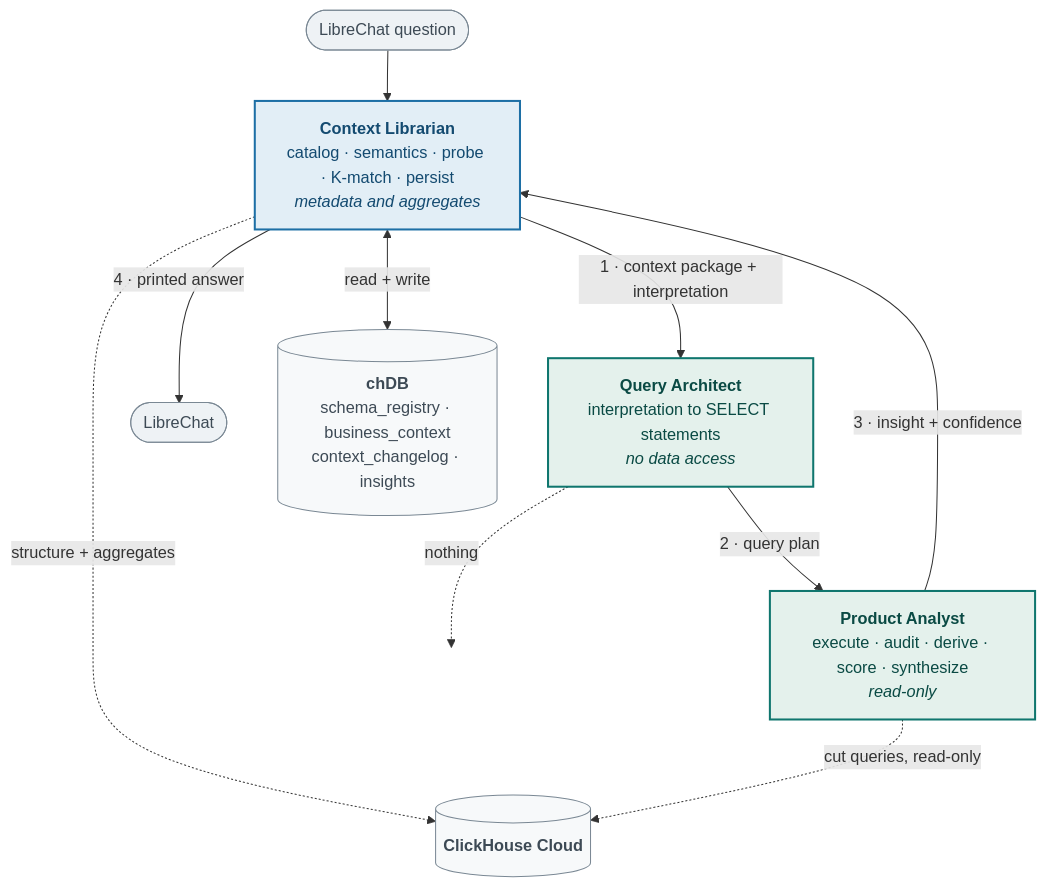
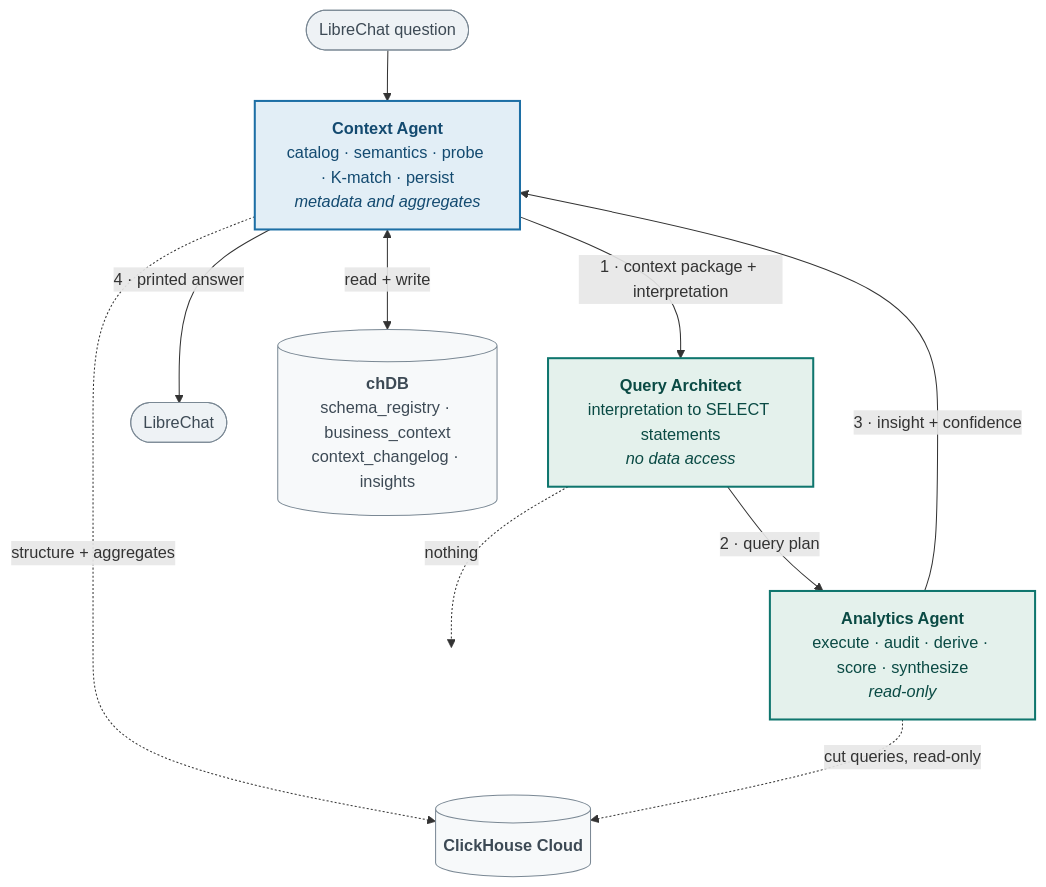
One commit to deepesh17feb/InsightMesh changed the second of 5 diagrams in docs/CUJ2.md. Above: the diagram before and after it, drawn with Mermaid. The commit also changed other lines of this file and 1 other file, not shown here.

````diff
--- a/docs/CUJ2.md
+++ b/docs/CUJ2.md
@@ -252,35 +315,35 @@
 ```mermaid
 flowchart TD
     Q(["LibreChat question"]) --> CL
 
-    CL["<b>Context Librarian</b><br/>catalog · semantics · probe · K-match · persist<br/><i>metadata and aggregates</i>"]
+    CL["<b>Context Agent</b><br/>catalog · semantics · probe · K-match · persist<br/><i>metadata and aggregates</i>"]
     QA["<b>Query Architect</b><br/>interpretation to SELECT statements<br/><i>no data access</i>"]
-    PA["<b>Product Analyst</b><br/>execute · audit · derive · score · synthesize<br/><i>read-only</i>"]
+    PA["<b>Analytics Agent</b><br/>execute · audit · derive · score · synthesize<br/><i>read-only</i>"]
 
     CL -->|"1 · context package + interpretation"| QA
     QA -->|"2 · query plan"| PA
     PA -->|"3 · insight + confidence"| CL
     CL -->|"4 · printed answer"| OUT(["LibreChat"])
 
     CHDB[("<b>chDB</b><br/>schema_registry · business_context<br/>context_changelog · insights")]
     LIVE[("<b>ClickHouse Cloud</b>")]
 
     CL <-->|"read + write"| CHDB
     CL -.->|"structure + aggregates"| LIVE
     PA -.->|"cut queries, read-only"| LIVE
     QA -.->|"nothing"| NX(( ))
 
     classDef lib fill:#e2eef6,stroke:#1d6fa5,stroke-width:2px,color:#134a70
     classDef arch fill:#e4f1ec,stroke:#0f766e,stroke-width:2px,color:#0a4a44
     classDef anal fill:#e4f1ec,stroke:#0f766e,stroke-width:2px,color:#0a4a44
     classDef store fill:#f7f9fa,stroke:#7a8894,stroke-width:1px,color:#3d4a55
     classDef io fill:#eef2f5,stroke:#7a8894,stroke-width:1px,color:#3d4a55
     classDef empty fill:none,stroke:none,color:none
 
     class CL lib
     class QA arch
     class PA anal
     class CHDB,LIVE store
     class Q,OUT io
     class NX empty
 ```
````
